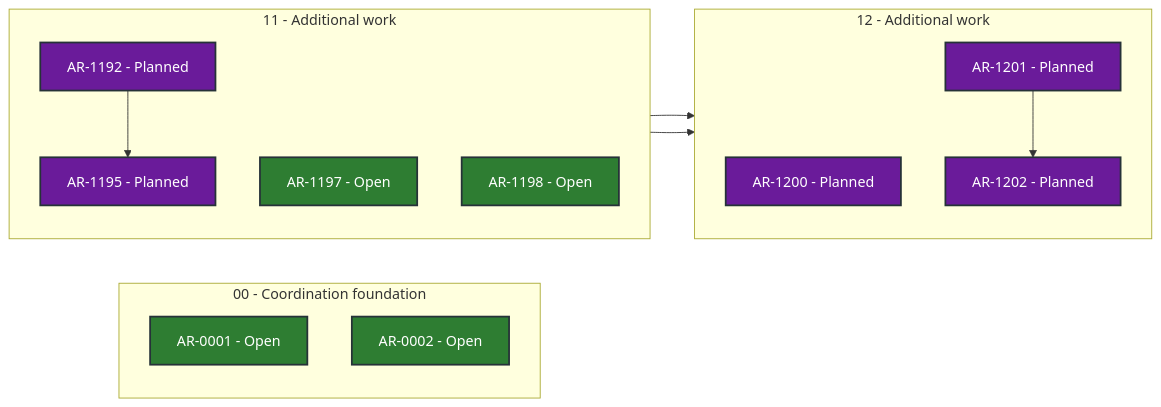
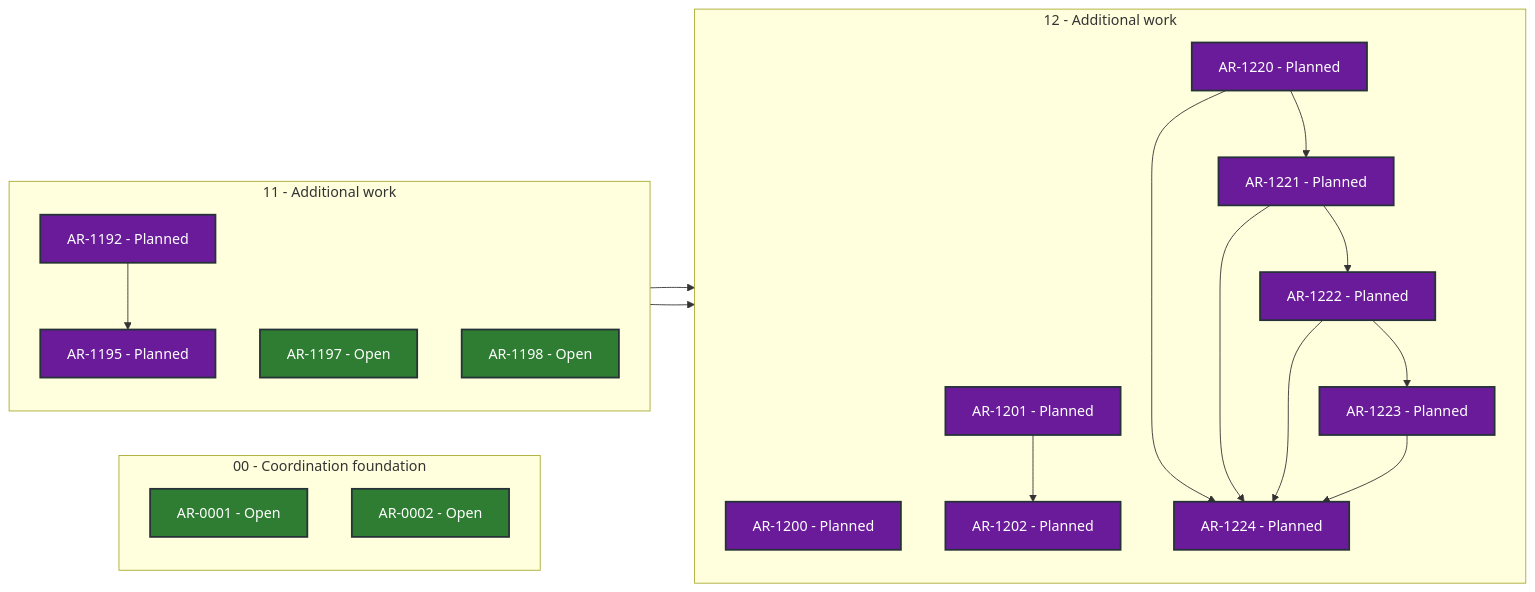
One commit to martin-beck/asb-tui-state changed the diagram in STATUS.md. Above: the diagram before and after it, drawn with Mermaid. The commit also changed other lines of this file and 1 other file, not shown here.

````diff
--- a/STATUS.md
+++ b/STATUS.md
@@ -27,33 +27,45 @@
 ```mermaid
 flowchart LR
     subgraph series_00["00 - Coordination foundation"]
         direction TB
         AR_0001["AR-0001 - Open"]:::status_open
         AR_0002["AR-0002 - Open"]:::status_open
     end
     subgraph series_11["11 - Additional work"]
         direction TB
         AR_1192["AR-1192 - Planned"]:::status_planned
         AR_1195["AR-1195 - Planned"]:::status_planned
         AR_1197["AR-1197 - Open"]:::status_open
         AR_1198["AR-1198 - Open"]:::status_open
     end
     subgraph series_12["12 - Additional work"]
         direction TB
         AR_1200["AR-1200 - Planned"]:::status_planned
         AR_1201["AR-1201 - Planned"]:::status_planned
         AR_1202["AR-1202 - Planned"]:::status_planned
+        AR_1220["AR-1220 - Planned"]:::status_planned
+        AR_1221["AR-1221 - Planned"]:::status_planned
+        AR_1222["AR-1222 - Planned"]:::status_planned
+        AR_1223["AR-1223 - Planned"]:::status_planned
+        AR_1224["AR-1224 - Planned"]:::status_planned
     end
     AR_1192 --> AR_1195
     AR_1195 --> AR_1200
     AR_1197 --> AR_1201
     AR_1201 --> AR_1202
+    AR_1220 --> AR_1221
+    AR_1220 --> AR_1224
+    AR_1221 --> AR_1222
+    AR_1221 --> AR_1224
+    AR_1222 --> AR_1223
+    AR_1222 --> AR_1224
+    AR_1223 --> AR_1224
     classDef status_in_progress fill:#1565c0,color:#ffffff,stroke:#263238,stroke-width:2px
     classDef status_open fill:#2e7d32,color:#ffffff,stroke:#263238,stroke-width:2px
     classDef status_blocked fill:#c62828,color:#ffffff,stroke:#263238,stroke-width:2px
     classDef status_planned fill:#6a1b9a,color:#ffffff,stroke:#263238,stroke-width:2px
     classDef status_future fill:#455a64,color:#ffffff,stroke:#263238,stroke-width:2px
     classDef status_done fill:#00695c,color:#ffffff,stroke:#263238,stroke-width:2px
     classDef status_cancelled fill:#616161,color:#ffffff,stroke:#263238,stroke-width:2px
     classDef status_superseded fill:#5d4037,color:#ffffff,stroke:#263238,stroke-width:2px
 ```
````
